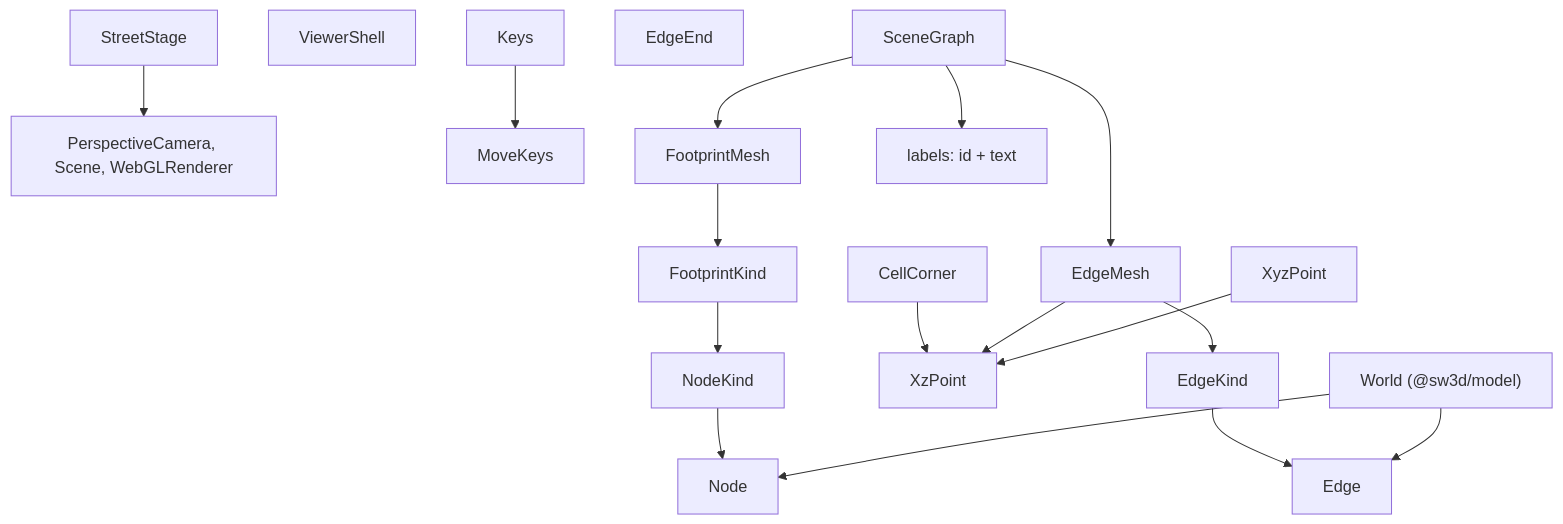
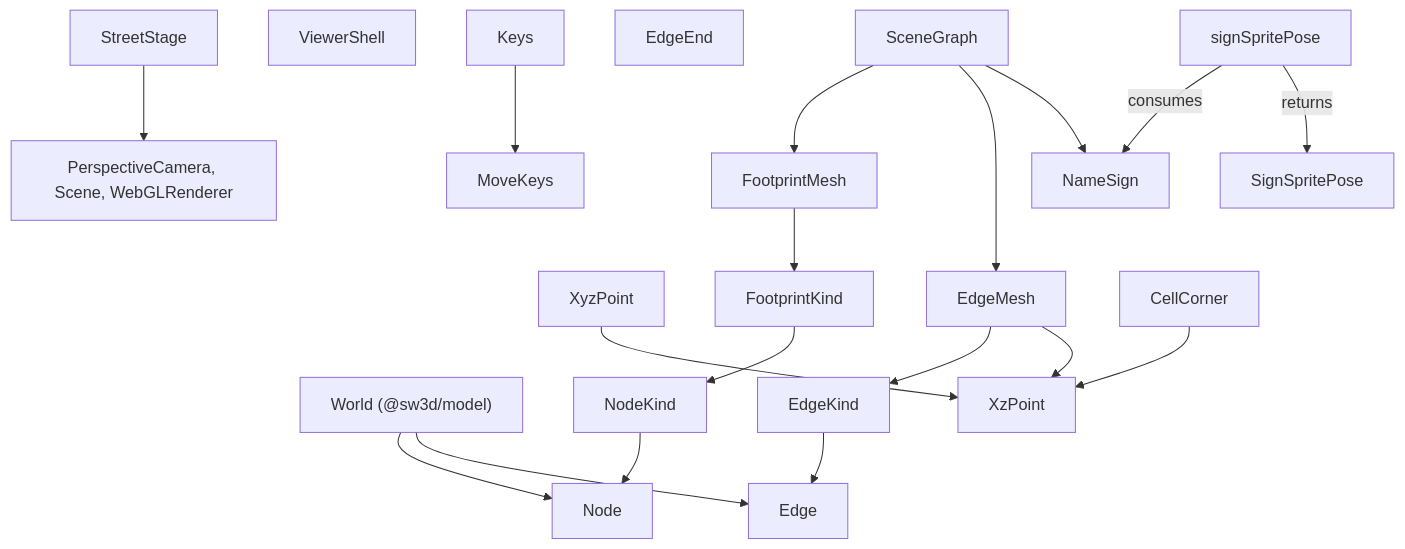
The second of 3 diagrams in docs/viewer-design.md (slior/CodeScape), drawn with Mermaid before and after one commit. The commit also changed other lines of this file and 5 other files, not shown here.

````diff
--- a/docs/viewer-design.md
+++ b/docs/viewer-design.md
@@ -69,38 +69,43 @@
 ```mermaid
 flowchart TB
   World["World (@sw3d/model)"]
   Node["Node"]
   Edge["Edge"]
   ThreeTypes["PerspectiveCamera, Scene, WebGLRenderer"]
 
   XzPoint["XzPoint"]
   XyzPoint["XyzPoint"]
   MoveKeys["MoveKeys"]
   Keys["Keys"]
   ViewerShell["ViewerShell"]
   StreetStage["StreetStage"]
   NodeKind["NodeKind"]
   EdgeKind["EdgeKind"]
   FootprintKind["FootprintKind"]
   EdgeEnd["EdgeEnd"]
   FootprintMesh["FootprintMesh"]
   EdgeMesh["EdgeMesh"]
   SceneGraph["SceneGraph"]
+  NameSign["NameSign"]
+  SignSpritePose["SignSpritePose"]
+  signSpritePose["signSpritePose"]
   CellCorner["CellCorner"]
 
   World --> Node
   World --> Edge
   NodeKind --> Node
   EdgeKind --> Edge
   FootprintKind --> NodeKind
   Keys --> MoveKeys
   XyzPoint --> XzPoint
   FootprintMesh --> FootprintKind
   EdgeMesh --> EdgeKind
   EdgeMesh --> XzPoint
   SceneGraph --> FootprintMesh
   SceneGraph --> EdgeMesh
-  SceneGraph --> SceneMeshLabels["labels: id + text"]
+  SceneGraph --> NameSign
+  signSpritePose -->|"consumes"| NameSign
+  signSpritePose -->|"returns"| SignSpritePose
   CellCorner --> XzPoint
   StreetStage --> ThreeTypes
 ```
````
